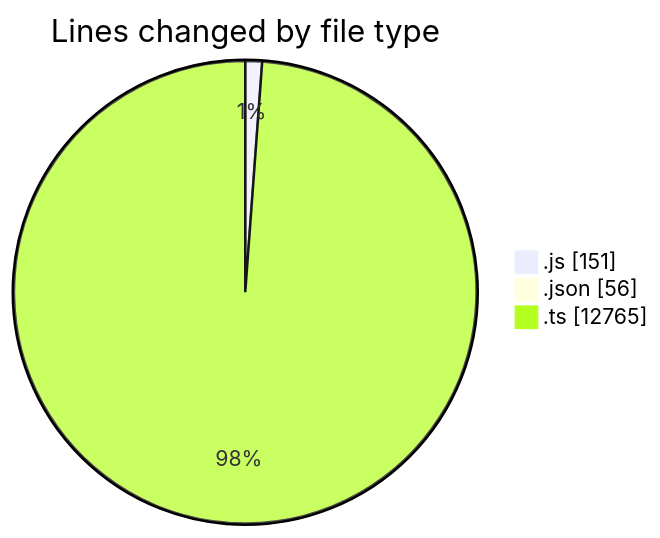
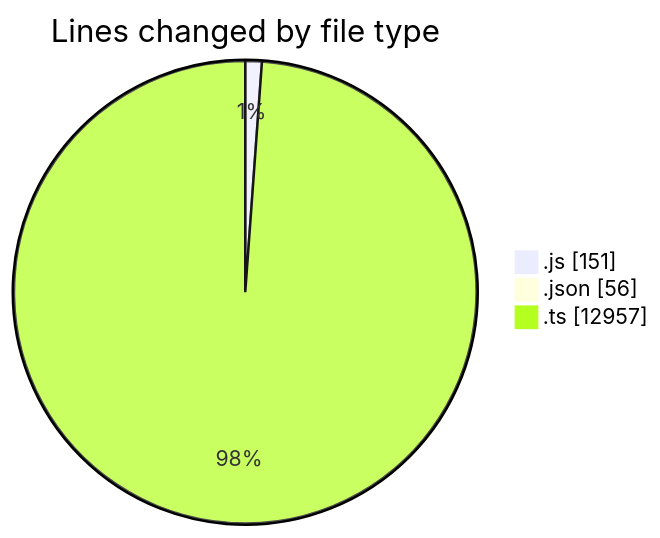
Before and after one commit to momahboobian/code-tracking: the first of 2 diagrams in 2025-09-04/cda/README.md, drawn with Mermaid. The commit also changed other lines of this file and 1 other file, not shown here.

````diff
--- a/2025-09-04/cda/README.md
+++ b/2025-09-04/cda/README.md
@@ -29,7 +30,7 @@
 ```mermaid
 pie showData
 title Lines changed by file type
 ".js" : 151
 ".json" : 56
-".ts" : 12765
+".ts" : 12957
 ```
````
